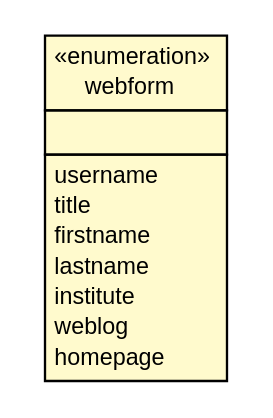
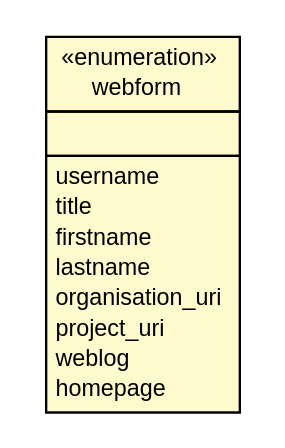
The diagram in apidocs/net/toxbank/client/resource/UserClient.webform.dot (ToxBank/toxbank-api-client), drawn with Graphviz before and after one commit. The commit also changed 151 other files, not shown here.

```diff
--- a/apidocs/net/toxbank/client/resource/UserClient.webform.dot
+++ b/apidocs/net/toxbank/client/resource/UserClient.webform.dot
@@ -1,29 +1,30 @@
 #!/usr/local/bin/dot
 #
 # Class diagram 
 # Generated by UmlGraph version 4.6 (http://www.spinellis.gr/sw/umlgraph)
 #
 
 digraph G {
 	edge [fontname="arial",fontsize=10,labelfontname="arial",labelfontsize=10];
 	node [fontname="arial",fontsize=10,shape=plaintext];
 	// net.toxbank.client.resource.UserClient.webform
 	c167 [label=<<table border="0" cellborder="1" cellspacing="0" cellpadding="2" port="p" bgcolor="lemonChiffon" href="./UserClient.webform.html">
 		<tr><td><table border="0" cellspacing="0" cellpadding="1">
 			<tr><td> &laquo;enumeration&raquo; </td></tr>
 			<tr><td> webform </td></tr>
 		</table></td></tr>
 		<tr><td><table border="0" cellspacing="0" cellpadding="1">
 			<tr><td align="left">  </td></tr>
 		</table></td></tr>
 		<tr><td><table border="0" cellspacing="0" cellpadding="1">
 			<tr><td align="left"> username </td></tr>
 			<tr><td align="left"> title </td></tr>
 			<tr><td align="left"> firstname </td></tr>
 			<tr><td align="left"> lastname </td></tr>
-			<tr><td align="left"> institute </td></tr>
+			<tr><td align="left"> organisation_uri </td></tr>
+			<tr><td align="left"> project_uri </td></tr>
 			<tr><td align="left"> weblog </td></tr>
 			<tr><td align="left"> homepage </td></tr>
 		</table></td></tr>
 		</table>>, fontname="arial", fontcolor="black", fontsize=10.0];
 }
```
